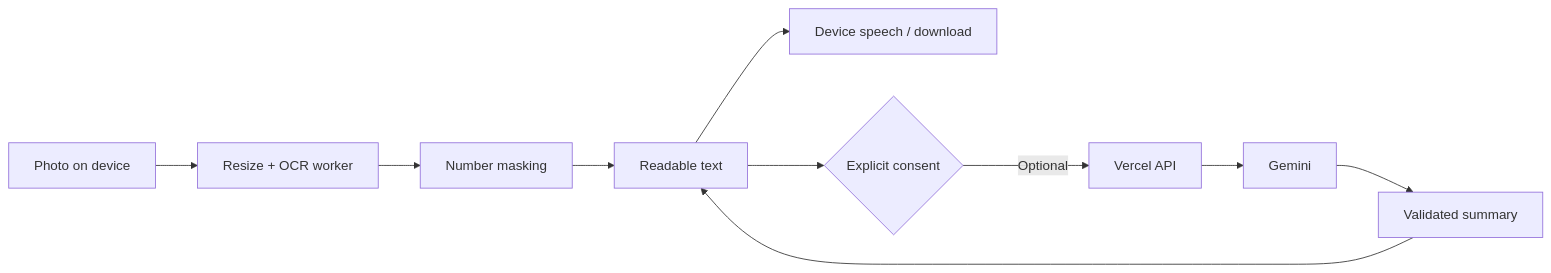
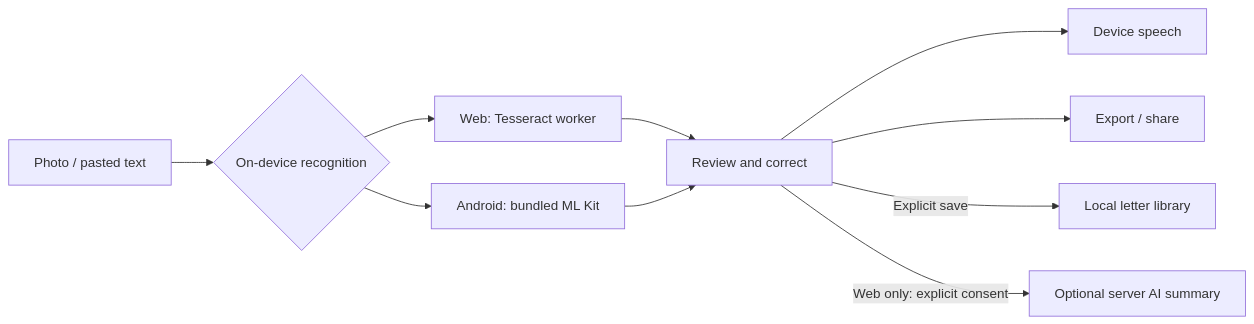
The diagram in README.md (joshbeira/Penny), drawn with Mermaid before and after one commit. The commit also changed other lines of this file and 51 other files, not shown here.

````diff
--- a/README.md
+++ b/README.md
@@ -78,12 +62,12 @@
 ```mermaid
 flowchart LR
-  A[Photo on device] --> B[Resize + OCR worker]
-  B --> C[Number masking]
-  C --> D[Readable text]
-  D --> E[Device speech / download]
-  D --> F{Explicit consent}
-  F -->|Optional| G[Vercel API]
-  G --> H[Gemini]
-  H --> I[Validated summary]
-  I --> D
+  A[Photo / pasted text] --> B{On-device recognition}
+  B --> W[Web: Tesseract worker]
+  B --> K[Android: bundled ML Kit]
+  W --> R[Review and correct]
+  K --> R
+  R --> S[Device speech]
+  R --> E[Export / share]
+  R -->|Explicit save| L[Local letter library]
+  R -->|Web only: explicit consent| C[Optional server AI summary]
 ```
````
